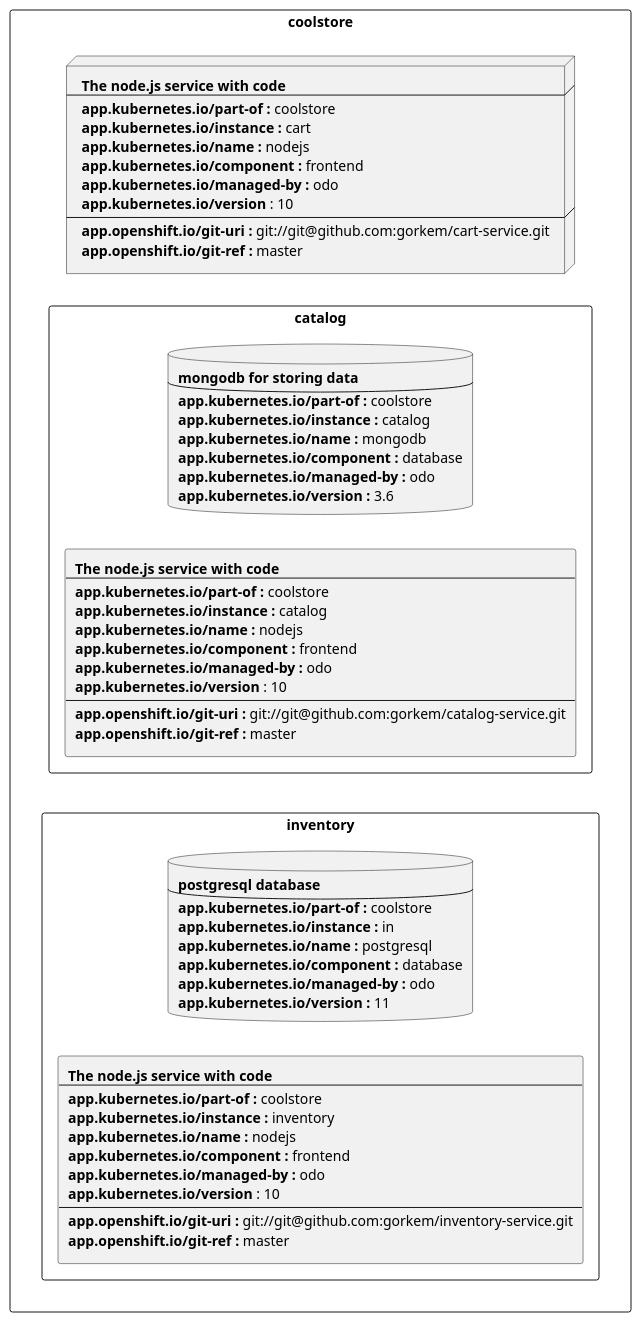
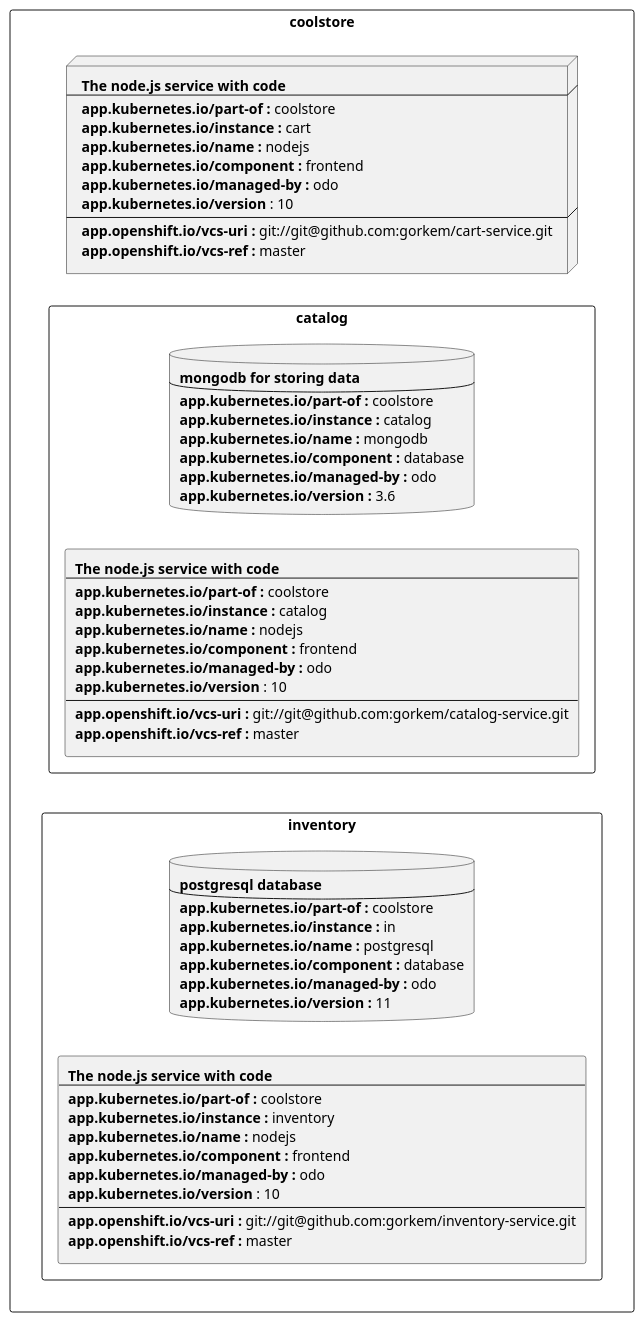
The second of 2 diagrams in labels-annotation-for-openshift.adoc (redhat-developer/app-labels), drawn with PlantUML before and after one commit. The commit also changed other lines of this file, not shown here.

Commit message:
Change annotations for source code to vcsChanges the annotiations for sourcec codefrom git to more generic vcs

```diff
--- a/labels-annotation-for-openshift.adoc
+++ b/labels-annotation-for-openshift.adoc
@@ -145,79 +145,79 @@
 [plantuml]
 ----
 @startuml
 left to right direction
 
 rectangle coolstore {
     together {
         node cart [
                     <b>The node.js service with code</b>
                     ----
                     <b>app.kubernetes.io/part-of :</b> coolstore
                     <b>app.kubernetes.io/instance :</b> cart
                     <b>app.kubernetes.io/name :</b> nodejs
                     <b>app.kubernetes.io/component :</b> frontend
                     <b>app.kubernetes.io/managed-by :</b> odo
                     <b>app.kubernetes.io/version</b> : 10
                     ----
-                    <b>app.openshift.io/git-uri :</b> git://git@github.com:gorkem/cart-service.git
-                    <b>app.openshift.io/git-ref :</b> master
+                    <b>app.openshift.io/vcs-uri :</b> git://git@github.com:gorkem/cart-service.git
+                    <b>app.openshift.io/vcs-ref :</b> master
             ]
     }
    together {
     rectangle catalog {
             database catalogdb  [
                     <b>mongodb for storing data
                     ----
                     <b>app.kubernetes.io/part-of :</b> coolstore
                     <b>app.kubernetes.io/instance :</b> catalog
                     <b>app.kubernetes.io/name :</b> mongodb
                     <b>app.kubernetes.io/component :</b> database
                     <b>app.kubernetes.io/managed-by :</b> odo
                     <b>app.kubernetes.io/version :</b> 3.6
                 ]
             rectangle catalog   [
                     <b>The node.js service with code</b>
                     ----
                     <b>app.kubernetes.io/part-of :</b> coolstore
                     <b>app.kubernetes.io/instance :</b> catalog
                     <b>app.kubernetes.io/name :</b> nodejs
                     <b>app.kubernetes.io/component :</b> frontend
                     <b>app.kubernetes.io/managed-by :</b> odo
                     <b>app.kubernetes.io/version</b> : 10
                     ----
-                    <b>app.openshift.io/git-uri :</b> git://git@github.com:gorkem/catalog-service.git
-                    <b>app.openshift.io/git-ref :</b> master
+                    <b>app.openshift.io/vcs-uri :</b> git://git@github.com:gorkem/catalog-service.git
+                    <b>app.openshift.io/vcs-ref :</b> master
                 ]
         }
     }
-    together {
+    together{
         rectangle inventory {
             database postgresql [
                     <b>postgresql database
                     ----
                     <b>app.kubernetes.io/part-of :</b> coolstore
                     <b>app.kubernetes.io/instance :</b> in
                     <b>app.kubernetes.io/name :</b> postgresql
                     <b>app.kubernetes.io/component :</b> database
                     <b>app.kubernetes.io/managed-by :</b> odo
                     <b>app.kubernetes.io/version :</b> 11
                 ]
             rectangle java8 [
                     <b>The node.js service with code</b>
                     ----
                     <b>app.kubernetes.io/part-of :</b> coolstore
                     <b>app.kubernetes.io/instance :</b> inventory
                     <b>app.kubernetes.io/name :</b> nodejs
                     <b>app.kubernetes.io/component :</b> frontend
                     <b>app.kubernetes.io/managed-by :</b> odo
                     <b>app.kubernetes.io/version</b> : 10
                     ----
-                    <b>app.openshift.io/git-uri :</b> git://git@github.com:gorkem/inventory-service.git
-                    <b>app.openshift.io/git-ref :</b> master
+                    <b>app.openshift.io/vcs-uri :</b> git://git@github.com:gorkem/inventory-service.git
+                    <b>app.openshift.io/vcs-ref :</b> master
                 ]
         }
     }
 }
 
 @enduml
 ----
```
